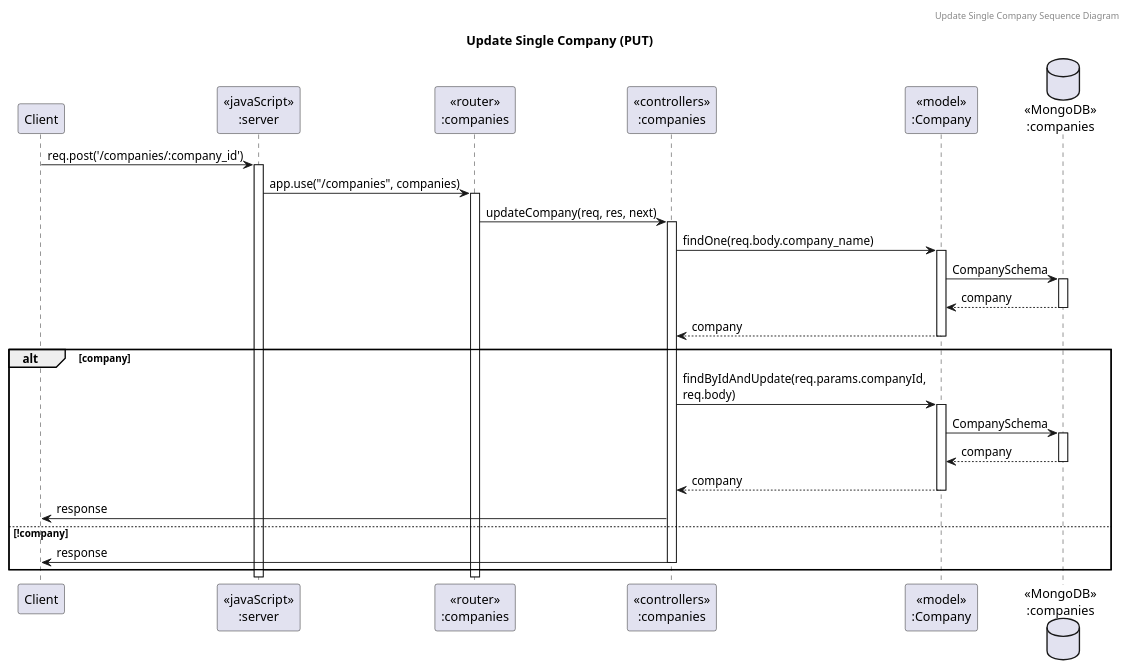
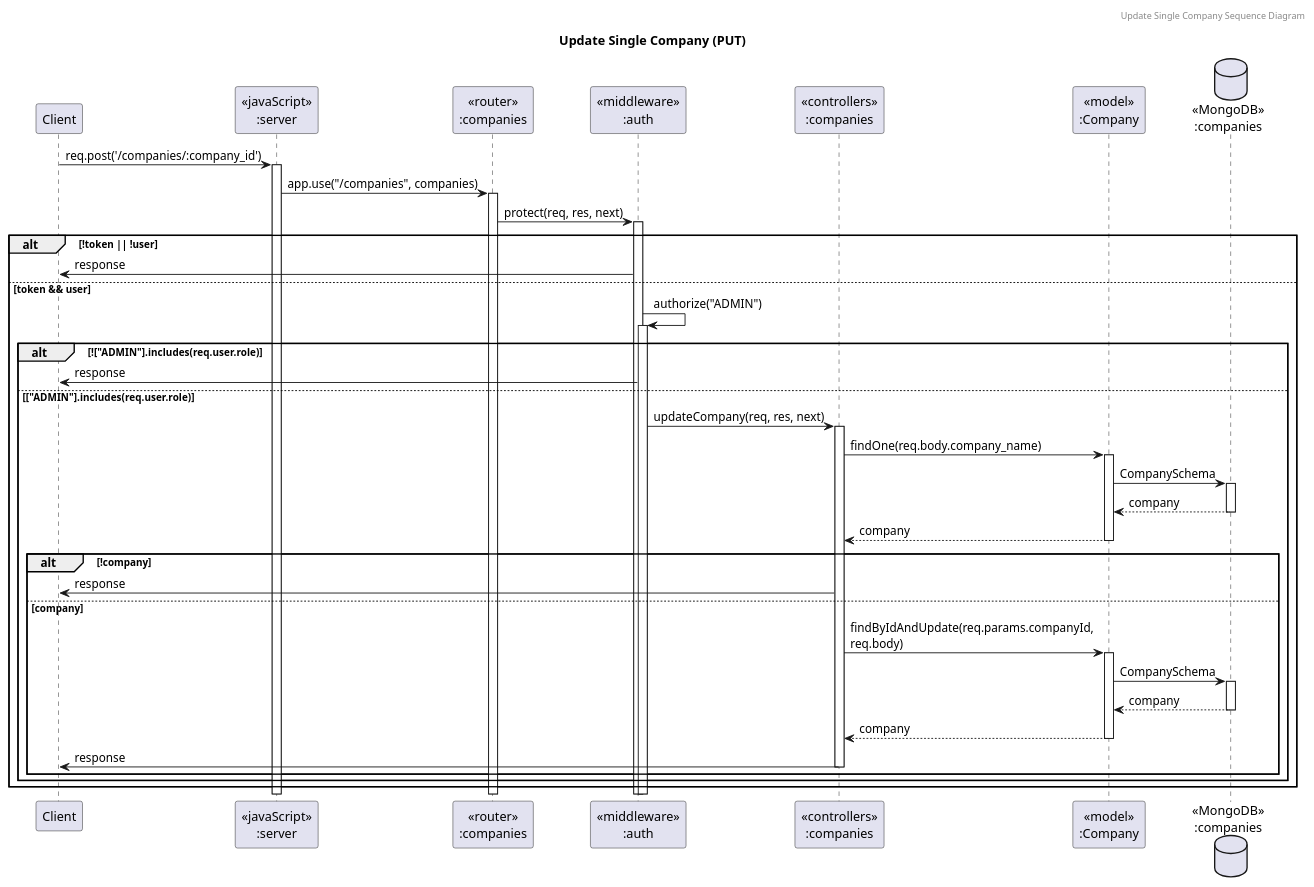
The diagram in diagrams/sequence_diagram/company/update_single_company.puml (its144prelationship-study/swdevprac-project), drawn with PlantUML before and after one commit. The commit also changed 14 other files, not shown here.

Commit message:
fix: fix company sequence diagram

```diff
--- a/diagrams/sequence_diagram/company/update_single_company.puml
+++ b/diagrams/sequence_diagram/company/update_single_company.puml
@@ -1,30 +1,41 @@
 @startuml Update Single Company (PUT)
 
 header Update Single Company Sequence Diagram
 title "Update Single Company (PUT)"
 
 participant "Client" as client
 participant "<<javaScript>>\n:server" as server
 participant "<<router>>\n:companies" as routerCompanies
+participant "<<middleware>>\n:auth" as authMiddleware
 participant "<<controllers>>\n:companies" as controllersCompanies
 participant "<<model>>\n:Company" as modelCompanies
 database "<<MongoDB>>\n:companies" as CompaniesDatabase
 
 client -> server ++:req.post('/companies/:company_id')
 server -> routerCompanies ++:app.use("/companies", companies)
-routerCompanies -> controllersCompanies ++:updateCompany(req, res, next)
-controllersCompanies -> modelCompanies ++:findOne(req.body.company_name)
-modelCompanies -> CompaniesDatabase ++: CompanySchema
-CompaniesDatabase --> modelCompanies --: company
-controllersCompanies <-- modelCompanies --: company
-alt company
-    controllersCompanies -> modelCompanies ++:findByIdAndUpdate(req.params.companyId,\nreq.body)
-    modelCompanies -> CompaniesDatabase ++: CompanySchema
-    CompaniesDatabase --> modelCompanies --: company
-    controllersCompanies <-- modelCompanies --: company
-    controllersCompanies -> client : response
-else !company
-    controllersCompanies -> client --: response
+routerCompanies -> authMiddleware ++:protect(req, res, next)
+alt !token || !user
+    authMiddleware -> client :response
+else token && user
+    authMiddleware -> authMiddleware ++:authorize("ADMIN")
+    alt !["ADMIN"].includes(req.user.role)
+        authMiddleware -> client :response
+    else ["ADMIN"].includes(req.user.role)
+        authMiddleware -> controllersCompanies ++:updateCompany(req, res, next)
+        controllersCompanies -> modelCompanies ++:findOne(req.body.company_name)
+        modelCompanies -> CompaniesDatabase ++: CompanySchema
+        CompaniesDatabase --> modelCompanies --: company
+        controllersCompanies <-- modelCompanies --: company
+        alt !company
+            controllersCompanies -> client : response
+        else company
+            controllersCompanies -> modelCompanies ++:findByIdAndUpdate(req.params.companyId,\nreq.body)
+            modelCompanies -> CompaniesDatabase ++: CompanySchema
+            CompaniesDatabase --> modelCompanies --: company
+            controllersCompanies <-- modelCompanies --: company
+            controllersCompanies -> client --: response
+        end
+    end
 end
 
 @enduml
```
